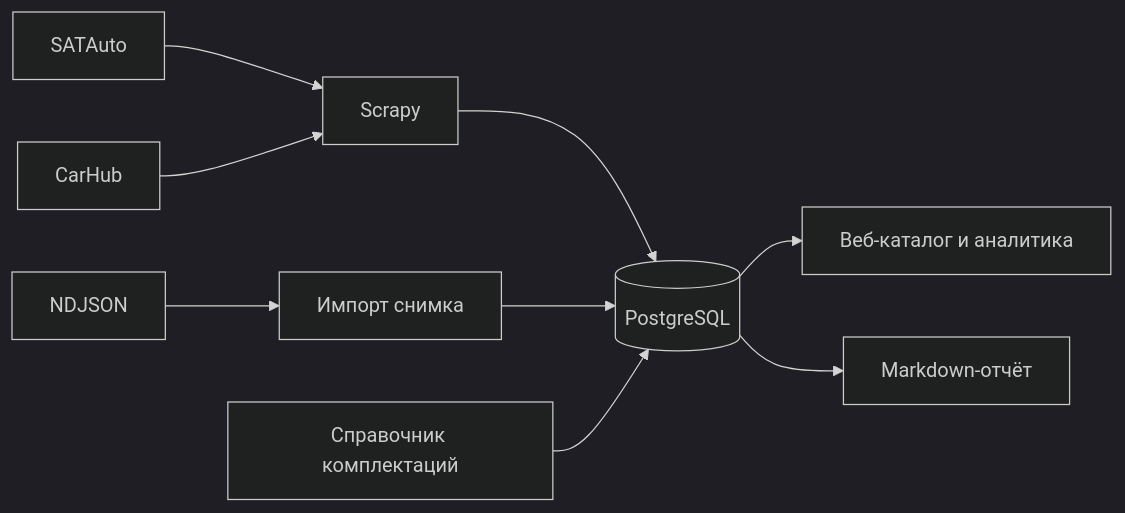
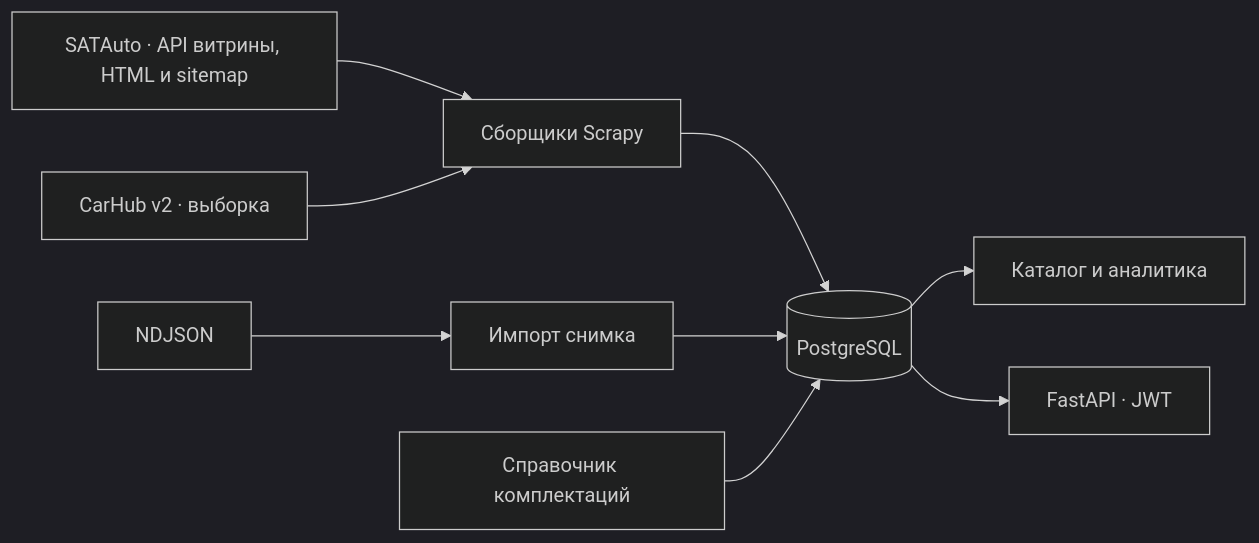
One commit to mank000/parsestudy changed the diagram in docs/architecture.md. Above: the diagram before and after it, drawn with Mermaid (dark theme). The commit also changed other lines of this file and 8 other files, not shown here.

````diff
--- a/docs/architecture.md
+++ b/docs/architecture.md
@@ -3,11 +3,11 @@
 ```mermaid
 flowchart LR
-    SATAuto --> Scrapy
-    CarHub --> Scrapy
+    SAT["SATAuto · API витрины, HTML и sitemap"] --> Collect["Сборщики Scrapy"]
+    CH["CarHub v2 · выборка"] --> Collect
     NDJSON --> Import["Импорт снимка"]
-    Scrapy --> PG[("PostgreSQL")]
+    Collect --> PG[("PostgreSQL")]
     Import --> PG
-    PG --> Web["Веб-каталог и аналитика"]
-    PG --> Report["Markdown-отчёт"]
     Reference["Справочник комплектаций"] --> PG
+    PG --> Web["Каталог и аналитика"]
+    PG --> API["FastAPI · JWT"]
 ```
````
